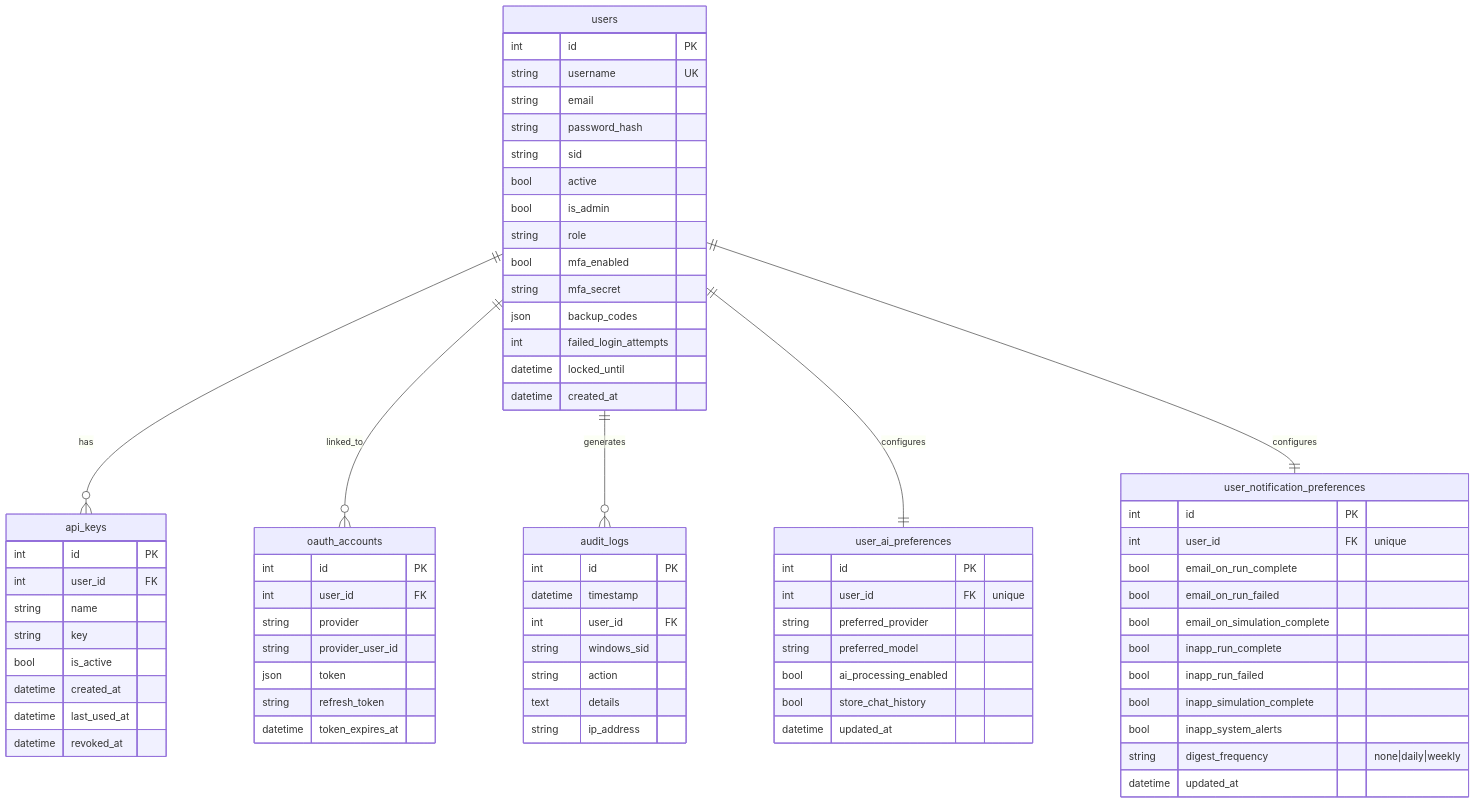
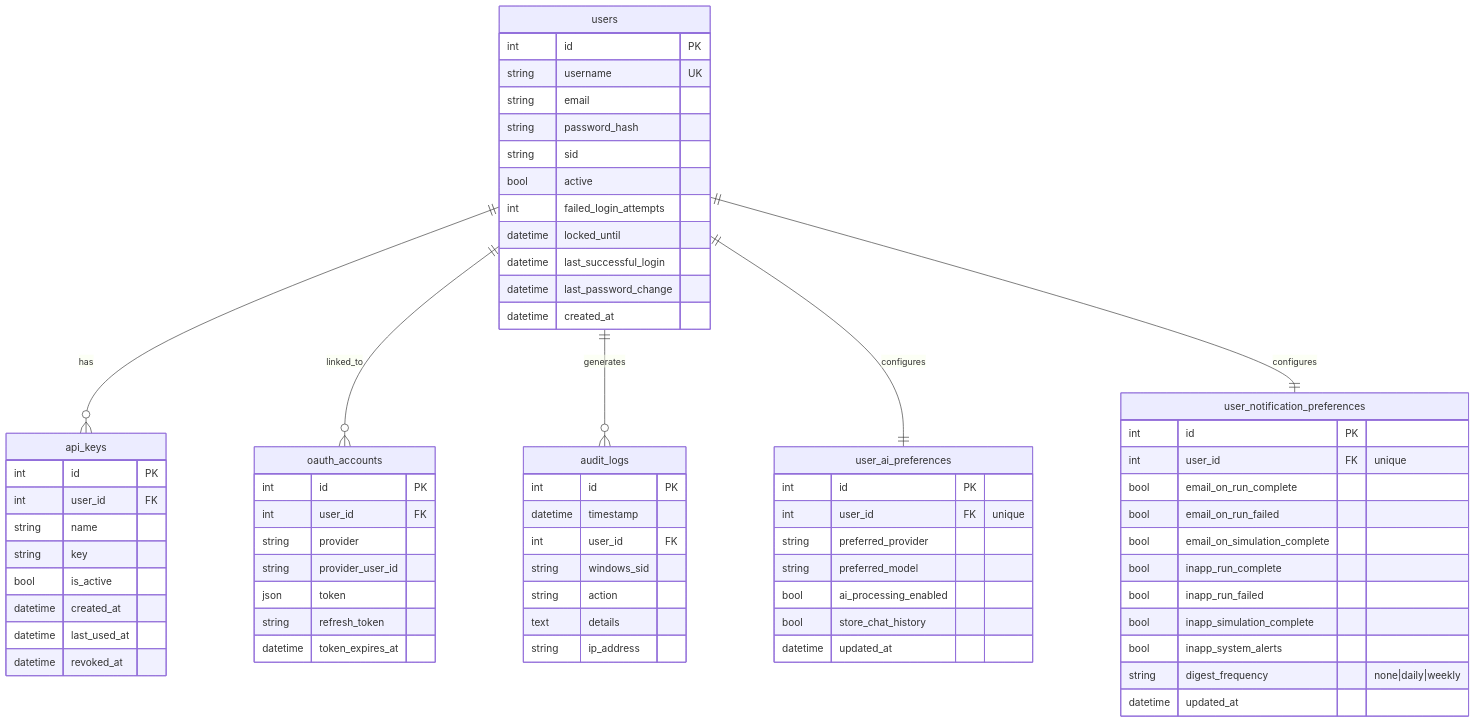
One commit to kherrera6219/DataLogicEngine changed the second of 5 diagrams in docs/DATABASE_SCHEMA.md. Above: the diagram before and after it, drawn with Mermaid. The commit also changed other lines of this file and 12 other files, not shown here.

````diff
--- a/docs/DATABASE_SCHEMA.md
+++ b/docs/DATABASE_SCHEMA.md
@@ -135,80 +135,77 @@
 ```mermaid
 erDiagram
     users {
         int id PK
         string username UK
         string email
         string password_hash
         string sid
         bool active
-        bool is_admin
-        string role
-        bool mfa_enabled
-        string mfa_secret
-        json backup_codes
         int failed_login_attempts
         datetime locked_until
+        datetime last_successful_login
+        datetime last_password_change
         datetime created_at
     }
 
     api_keys {
         int id PK
         int user_id FK
         string name
         string key
         bool is_active
         datetime created_at
         datetime last_used_at
         datetime revoked_at
     }
 
     oauth_accounts {
         int id PK
         int user_id FK
         string provider
         string provider_user_id
         json token
         string refresh_token
         datetime token_expires_at
     }
 
     audit_logs {
         int id PK
         datetime timestamp
         int user_id FK
         string windows_sid
         string action
         text details
         string ip_address
     }
 
     user_ai_preferences {
         int id PK
         int user_id FK "unique"
         string preferred_provider
         string preferred_model
         bool ai_processing_enabled
         bool store_chat_history
         datetime updated_at
     }
 
     user_notification_preferences {
         int id PK
         int user_id FK "unique"
         bool email_on_run_complete
         bool email_on_run_failed
         bool email_on_simulation_complete
         bool inapp_run_complete
         bool inapp_run_failed
         bool inapp_simulation_complete
         bool inapp_system_alerts
         string digest_frequency "none|daily|weekly"
         datetime updated_at
     }
 
     users ||--o{ api_keys : has
     users ||--o{ oauth_accounts : linked_to
     users ||--o{ audit_logs : generates
     users ||--|| user_ai_preferences : configures
     users ||--|| user_notification_preferences : configures
 ```
````
